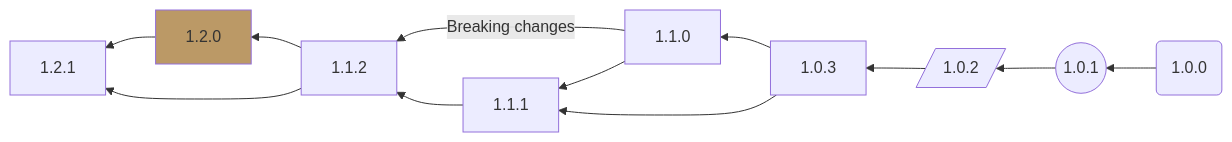
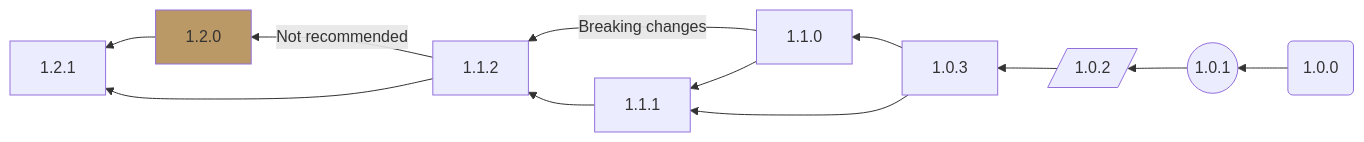
Before and after one commit to jhkrug/hw-diag: the fifth of 6 diagrams in docs/simons-use-case/Simons-Use-Case.md, drawn with Mermaid. The commit also changed other lines of this file, not shown here.

Commit message:
ready to start

````diff
--- a/docs/simons-use-case/Simons-Use-Case.md
+++ b/docs/simons-use-case/Simons-Use-Case.md
@@ -114,16 +114,16 @@
 ```mermaid
 %%{init: "theme": "neutral"}%%
 flowchart RL;
 1.0.0(1.0.0)-->1.0.1((1.0.1));
 1.0.1-->1.0.2[/1.0.2/];
 1.0.2-->1.0.3;
 1.0.3-->1.1.0;
 1.0.3-->1.1.1;
 1.1.0-->|Breaking changes|1.1.2;
 1.1.0-->1.1.1;
 1.1.1-->1.1.2;
 style 1.2.0 fill:#b96
-1.1.2-->1.2.0;
+1.1.2-->|Not recommended|1.2.0;
 1.1.2-->1.2.1;
 1.2.0-->1.2.1;
 ```
````
